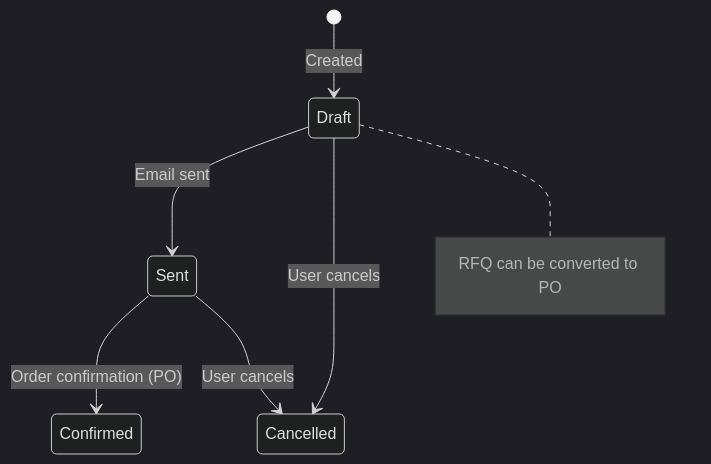
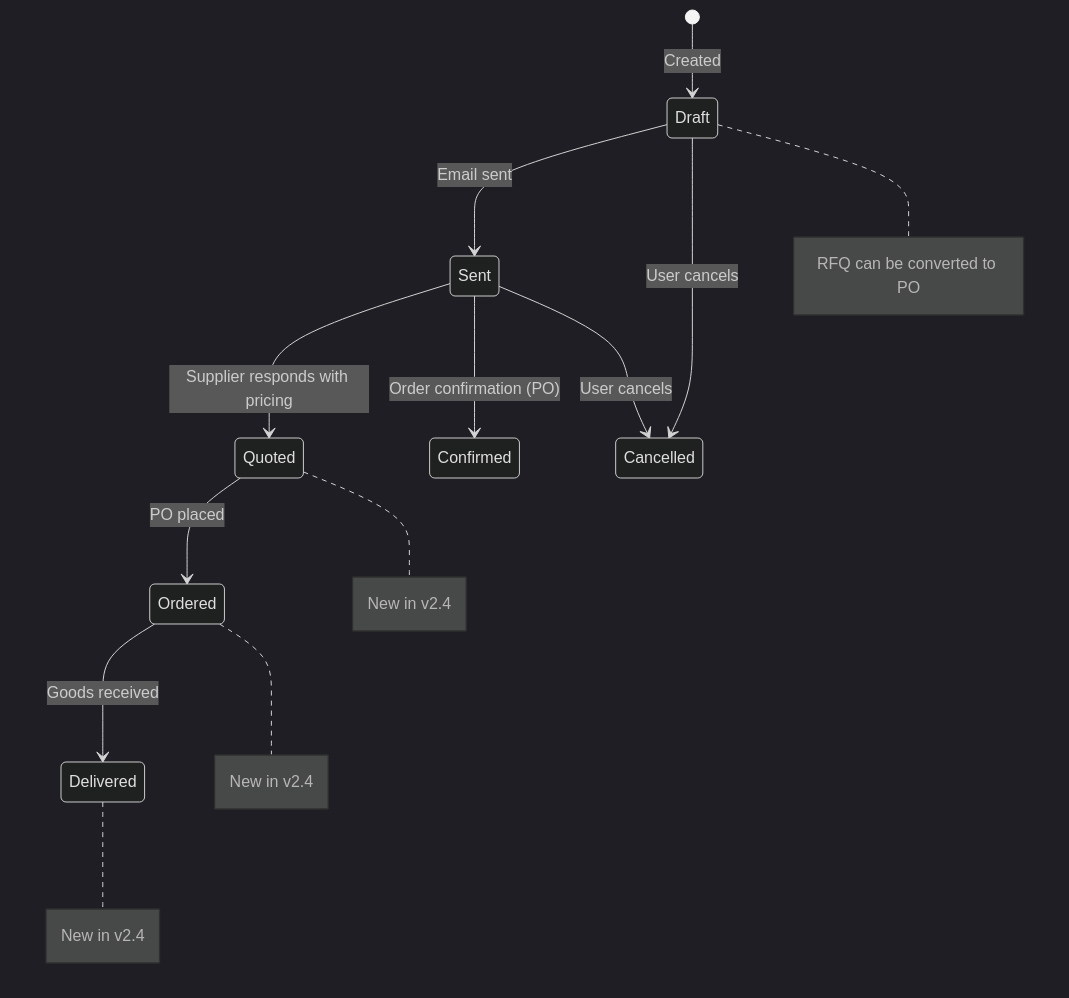
The third of 7 diagrams in ww_portal_enterprise_docs.md (Skippy-code-604/westernwindows-ca), drawn with Mermaid (dark theme) before and after one commit. The commit also changed other lines of this file, not shown here.

````diff
--- a/ww_portal_enterprise_docs.md
+++ b/ww_portal_enterprise_docs.md
@@ -309,10 +329,16 @@
 ```mermaid
 stateDiagram-v2
     [*] --> Draft : Created
     Draft --> Sent : Email sent
+    Sent --> Quoted : Supplier responds with pricing
+    Quoted --> Ordered : PO placed
+    Ordered --> Delivered : Goods received
     Sent --> Confirmed : Order confirmation (PO)
     Draft --> Cancelled : User cancels
     Sent --> Cancelled : User cancels
 
     note right of Draft : RFQ can be converted to PO
+    note right of Quoted : New in v2.4
+    note right of Ordered : New in v2.4
+    note right of Delivered : New in v2.4
 ```
````
